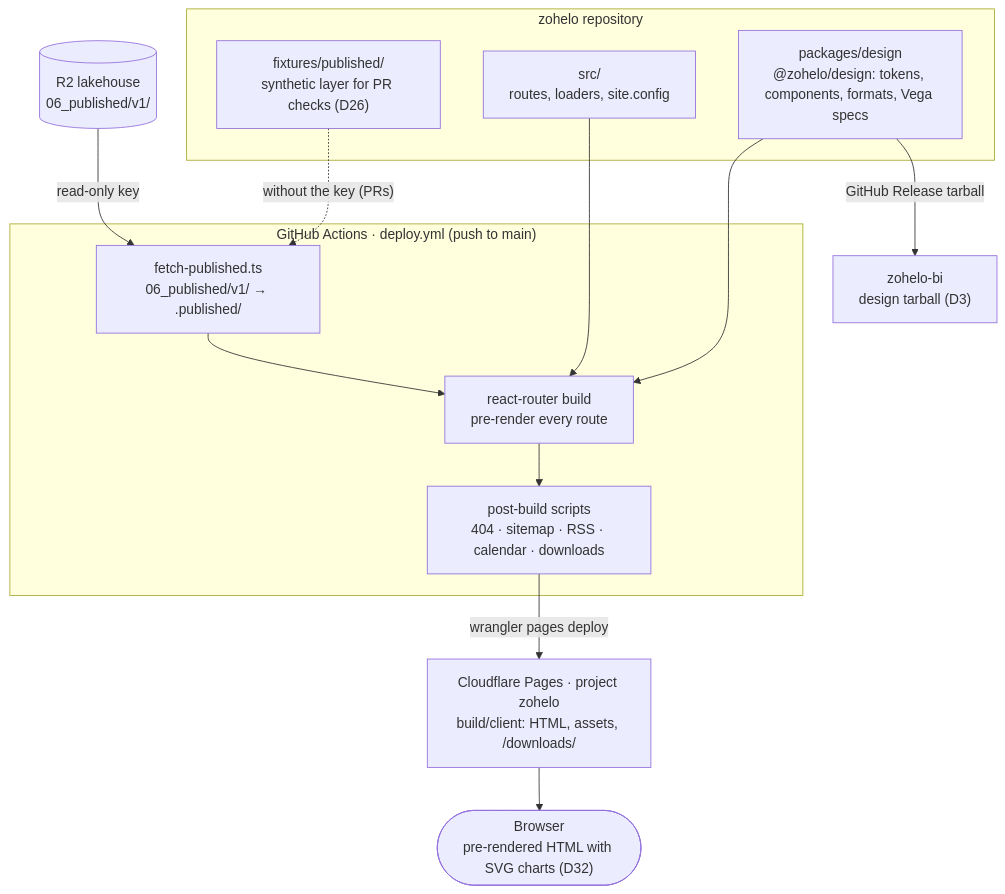
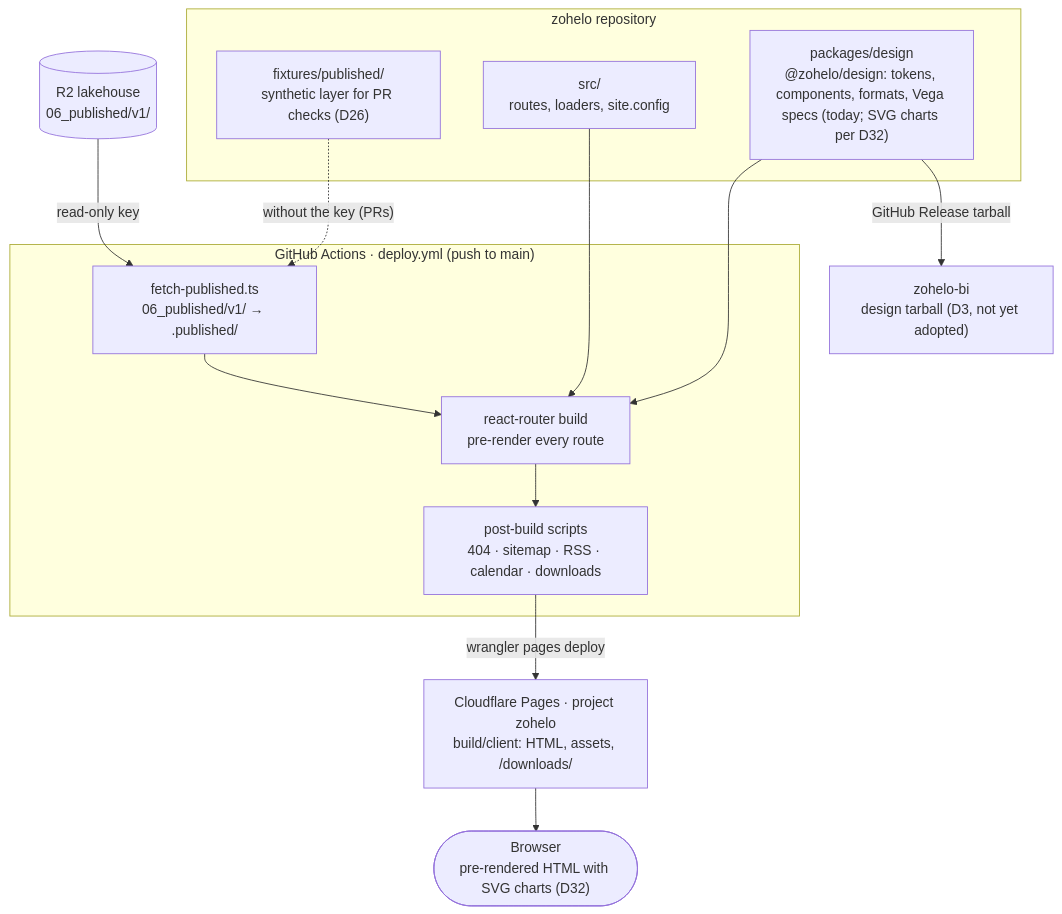
The second of 2 diagrams in docs/architecture/zohelo-com.md (zohelo/zohelo-data), drawn with Mermaid before and after one commit. The commit also changed other lines of this file and 2 other files, not shown here.

First line of the commit message:
D32: chart components hydrate (not zero JS), UTC scales, touch fallback, font metrics, resvg tokens, view fixes (review 5747705576)

````diff
--- a/docs/architecture/zohelo-com.md
+++ b/docs/architecture/zohelo-com.md
@@ -56,26 +56,26 @@
 ```mermaid
 flowchart TB
   subgraph build["GitHub Actions · deploy.yml (push to main)"]
     fetch["fetch-published.ts<br/>06_published/v1/ → .published/"]
     rr["react-router build<br/>pre-render every route"]
     post["post-build scripts<br/>404 · sitemap · RSS · calendar · downloads"]
     fetch --> rr --> post
   end
   subgraph repo["zohelo repository"]
     app["src/<br/>routes, loaders, site.config"]
-    design["packages/design<br/>@zohelo/design: tokens, components, formats, Vega specs"]
+    design["packages/design<br/>@zohelo/design: tokens, components, formats, Vega specs (today; SVG charts per D32)"]
     fixtures["fixtures/published/<br/>synthetic layer for PR checks (D26)"]
   end
   r2[("R2 lakehouse<br/>06_published/v1/")]
   pages["Cloudflare Pages · project zohelo<br/>build/client: HTML, assets, /downloads/"]
   browser(["Browser<br/>pre-rendered HTML with SVG charts (D32)"])
-  bi["zohelo-bi<br/>design tarball (D3)"]
+  bi["zohelo-bi<br/>design tarball (D3, not yet adopted)"]
 
   r2 -- "read-only key" --> fetch
   fixtures -. "without the key (PRs)" .-> fetch
   app --> rr
   design --> rr
   post -- "wrangler pages deploy" --> pages
   pages --> browser
   design -- "GitHub Release tarball" --> bi
 ```
````
